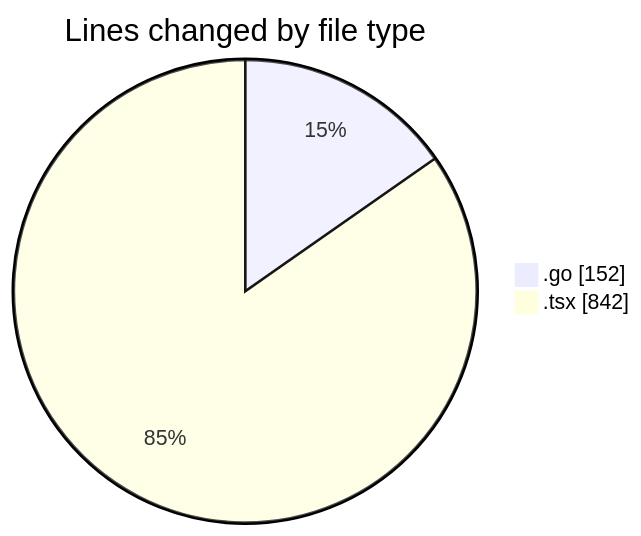
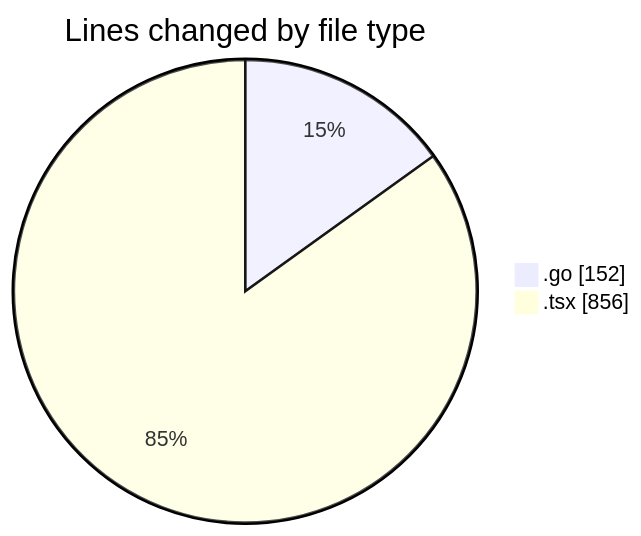
The first of 2 diagrams in 2025-03-05/termonied_testador/README.md (robertbonfada/code-tracking), drawn with Mermaid before and after one commit. The commit also changed other lines of this file and 1 other file, not shown here.

````diff
--- a/2025-03-05/termonied_testador/README.md
+++ b/2025-03-05/termonied_testador/README.md
@@ -23,6 +23,6 @@
 ```mermaid
 pie showData
 title Lines changed by file type
 ".go" : 152
-".tsx" : 842
+".tsx" : 856
 ```
````
